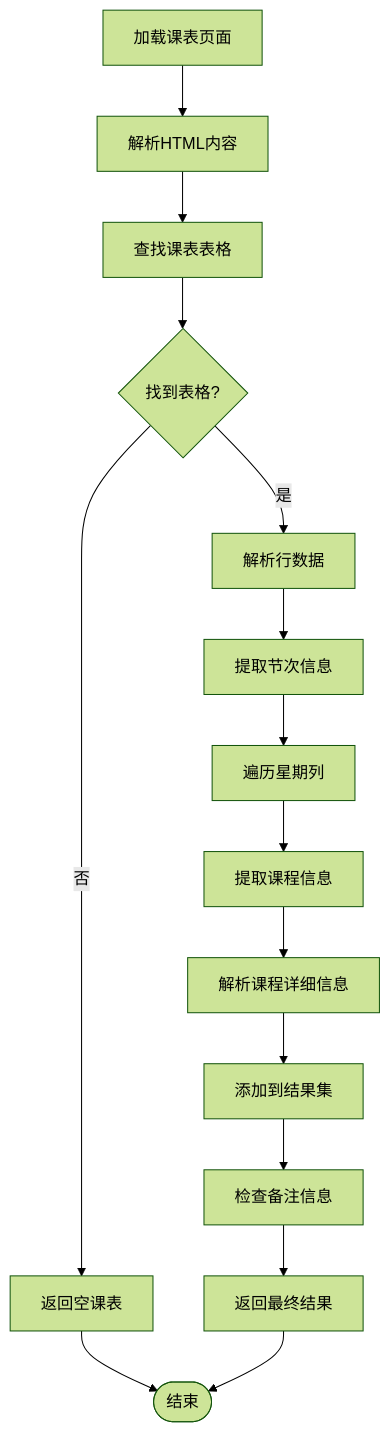
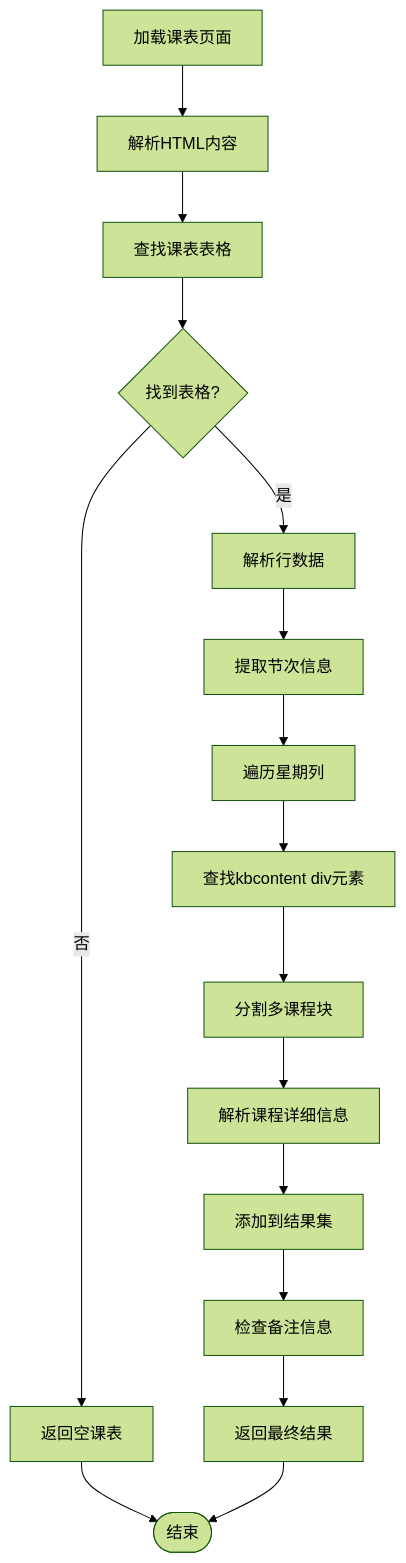
Before and after one commit to ghbbn053-ship-itsoulddog/soulddog: the fifth of 11 diagrams in .qoder/repowiki/zh/content/后端API文档/学术数据查询API/课表查询API.md, drawn with Mermaid (forest theme). The commit also changed other lines of this file and 12 other files, not shown here.

````diff
--- a/.qoder/repowiki/zh/content/后端API文档/学术数据查询API/课表查询API.md
+++ b/.qoder/repowiki/zh/content/后端API文档/学术数据查询API/课表查询API.md
@@ -245,17 +245,18 @@
 ```mermaid
 flowchart TD
 LoadPage[加载课表页面] --> ParseHTML[解析HTML内容]
 ParseHTML --> FindTable[查找课表表格]
 FindTable --> CheckTable{"找到表格?"}
 CheckTable --> |否| ReturnEmpty["返回空课表"]
 CheckTable --> |是| ParseRows[解析行数据]
 ParseRows --> ExtractPeriod[提取节次信息]
 ExtractPeriod --> LoopDays[遍历星期列]
-LoopDays --> ExtractCourse[提取课程信息]
-ExtractCourse --> ParseCourseInfo[解析课程详细信息]
+LoopDays --> FindKBContent[查找kbcontent div元素]
+FindKBContent --> SplitBlocks[分割多课程块]
+SplitBlocks --> ParseCourseInfo[解析课程详细信息]
 ParseCourseInfo --> AddToResult[添加到结果集]
 AddToResult --> CheckRemarks[检查备注信息]
 CheckRemarks --> ReturnResult[返回最终结果]
 ReturnEmpty --> End([结束])
 ReturnResult --> End
 ```
````
